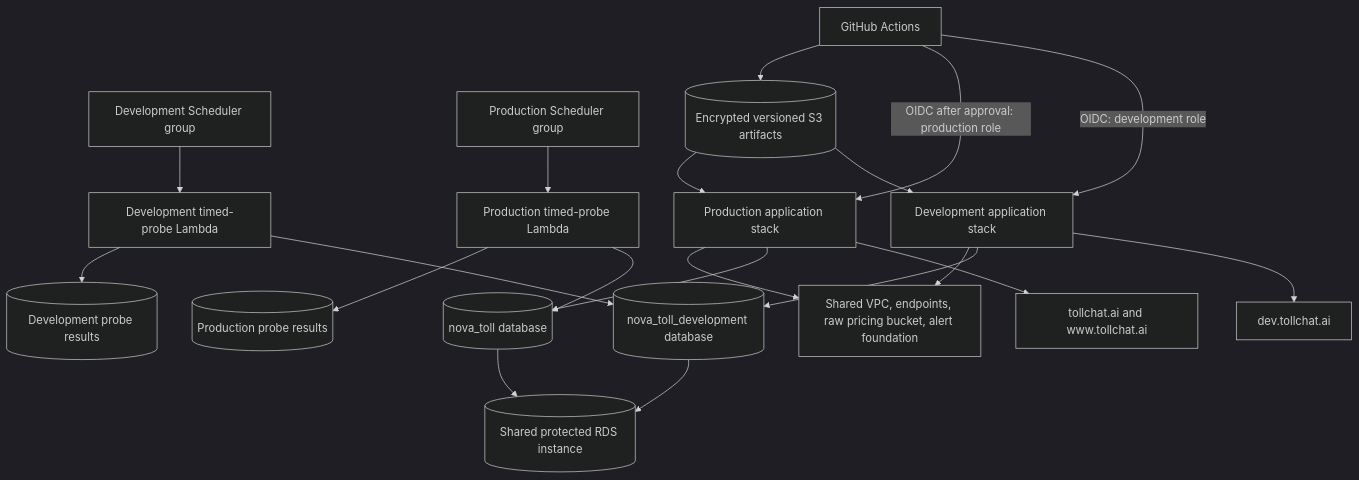
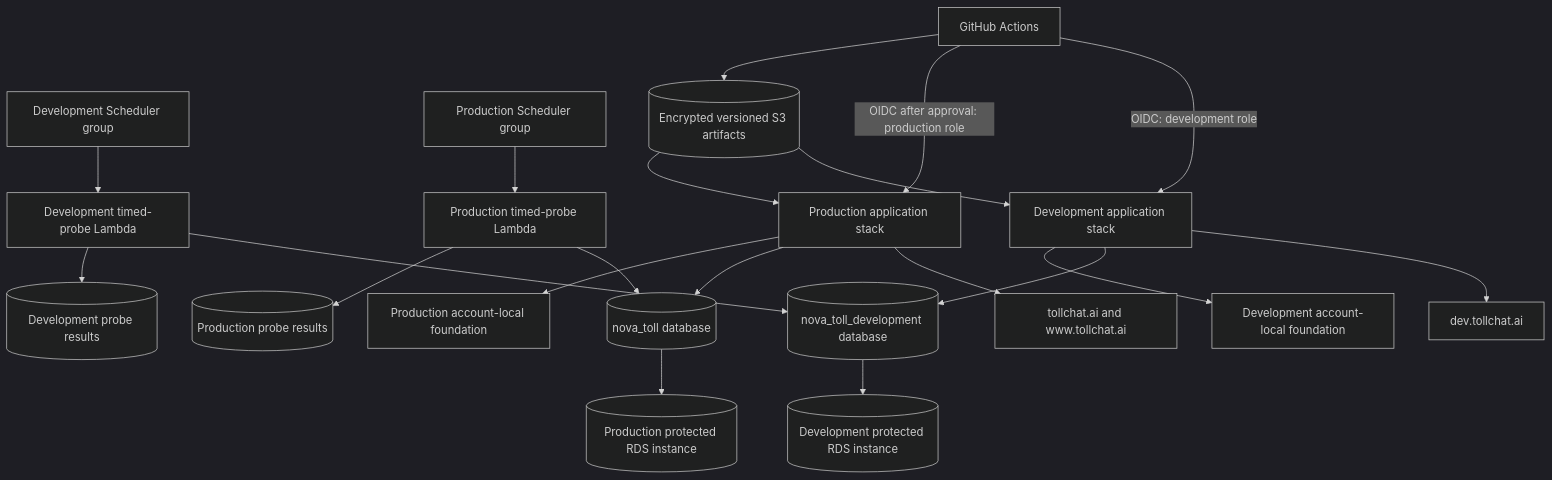
One commit to rhprasad0/nova-toll-budget-agent changed the first of 2 diagrams in v2/plans/ENVIRONMENT-AND-RELEASE-PLAN.md. Above: the diagram before and after it, drawn with Mermaid (dark theme). The commit also changed other lines of this file and 16 other files, not shown here.

````diff
--- a/v2/plans/ENVIRONMENT-AND-RELEASE-PLAN.md
+++ b/v2/plans/ENVIRONMENT-AND-RELEASE-PLAN.md
@@ -76,27 +76,27 @@
 ```mermaid
 flowchart TB
   GH[GitHub Actions] -->|OIDC: development role| DEV[Development application stack]
   GH -->|OIDC after approval: production role| PROD[Production application stack]
 
   DEV --> DEVDNS[dev.tollchat.ai]
   PROD --> PRODDNS[tollchat.ai and www.tollchat.ai]
 
   DEV --> DEVDB[(nova_toll_development database)]
   PROD --> PRODDB[(nova_toll database)]
-  DEVDB --> RDS[(Shared protected RDS instance)]
-  PRODDB --> RDS
+  DEVDB --> DEVRDS[(Development protected RDS instance)]
+  PRODDB --> PRODRDS[(Production protected RDS instance)]
 
   DEVSCHED[Development Scheduler group] --> DEVPROBE[Development timed-probe Lambda]
   PRODSCHED[Production Scheduler group] --> PRODPROBE[Production timed-probe Lambda]
   DEVPROBE --> DEVDB
   PRODPROBE --> PRODDB
   DEVPROBE --> DEVRESULTS[(Development probe results)]
   PRODPROBE --> PRODRESULTS[(Production probe results)]
 
-  DEV --> SHARED[Shared VPC, endpoints, raw pricing bucket, alert foundation]
-  PROD --> SHARED
+  DEV --> DEVFOUNDATION[Development account-local foundation]
+  PROD --> PRODFOUNDATION[Production account-local foundation]
 
   GH --> ARTIFACTS[(Encrypted versioned S3 artifacts)]
   ARTIFACTS --> DEV
   ARTIFACTS --> PROD
 ```
````
